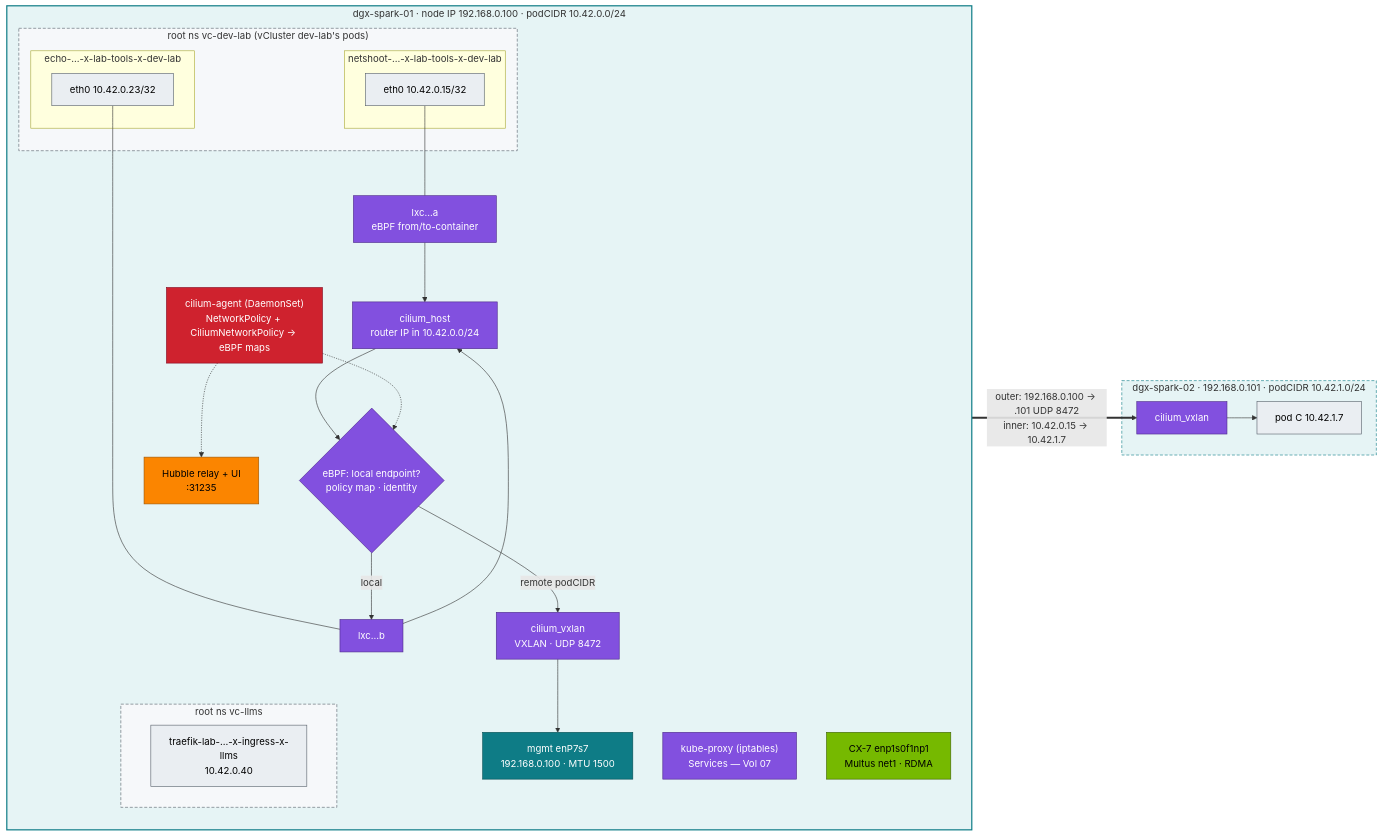
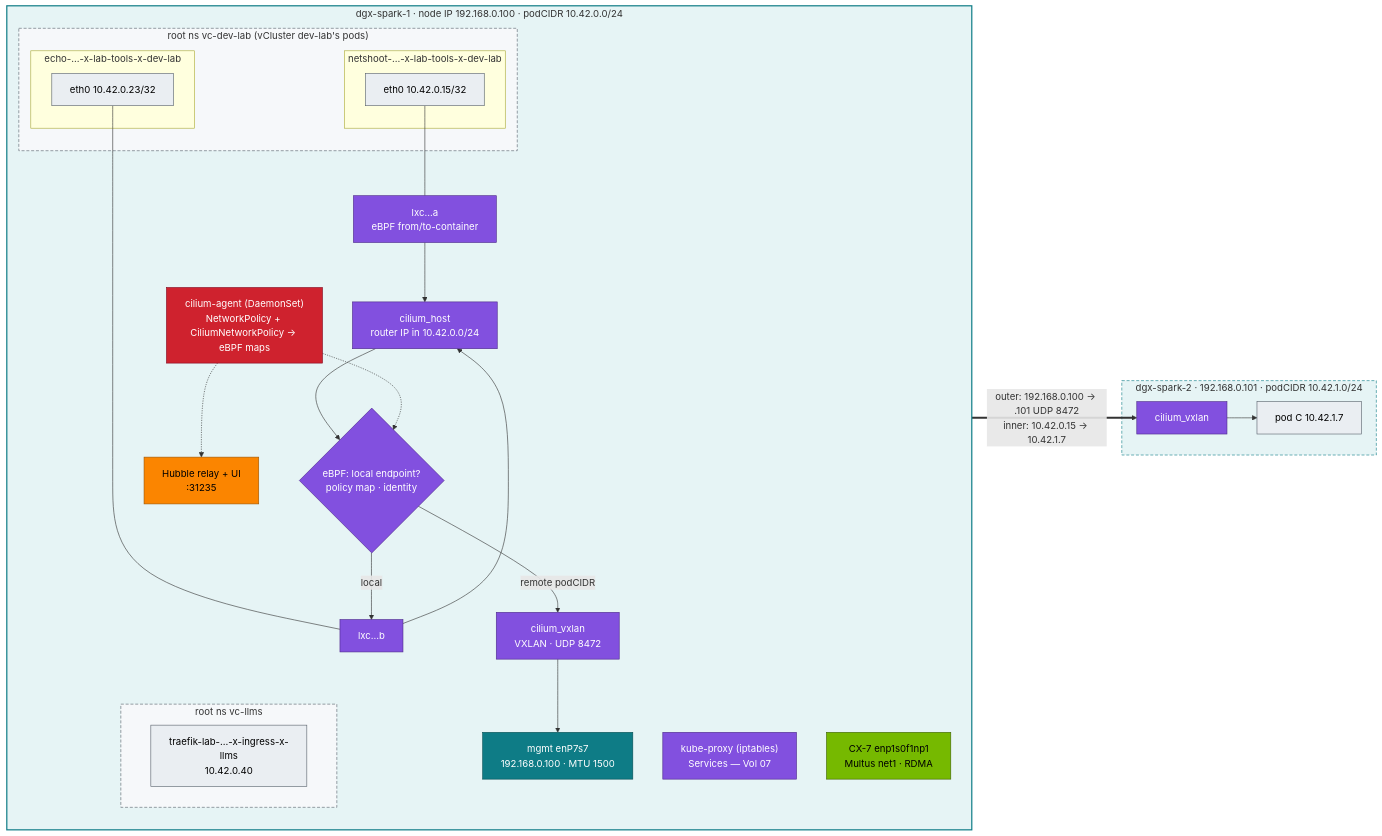
One commit to cloudone365/technical-depth changed the diagram in 02 Kubernetes/06-kubernetes-networking-deep-dive.md. Above: the diagram before and after it, drawn with Mermaid. The commit also changed other lines of this file and 91 other files, not shown here.

First line of the commit message:
Rename the Spark hosts to dgx-spark-1 / dgx-spark-2

````diff
--- a/02 Kubernetes/06-kubernetes-networking-deep-dive.md
+++ b/02 Kubernetes/06-kubernetes-networking-deep-dive.md
@@ -34,51 +34,51 @@
 ```mermaid
 flowchart LR
-  subgraph S1["dgx-spark-01 · node IP 192.168.0.100 · podCIDR 10.42.0.0/24"]
+  subgraph S1["dgx-spark-1 · node IP 192.168.0.100 · podCIDR 10.42.0.0/24"]
     direction TB
     subgraph VCD["root ns vc-dev-lab (vCluster dev-lab's pods)"]
       subgraph P1["netshoot-…-x-lab-tools-x-dev-lab"]
         E1["eth0 10.42.0.15/32"]
       end
       subgraph P2["echo-…-x-lab-tools-x-dev-lab"]
         E2["eth0 10.42.0.23/32"]
       end
     end
     subgraph VCL["root ns vc-llms"]
       P4["traefik-lab-…-x-ingress-x-llms<br/>10.42.0.40"]
     end
     V1["lxc…a<br/>eBPF from/to-container"] --> CH
     V2["lxc…b"] --> CH
     E1 --- V1
     E2 --- V2
     CH["cilium_host<br/>router IP in 10.42.0.0/24"] --> RT{"eBPF: local endpoint?<br/>policy map · identity"}
     RT -- "local" --> V2
     RT -- "remote podCIDR" --> VX["cilium_vxlan<br/>VXLAN · UDP 8472"]
     VX --> NIC["mgmt enP7s7<br/>192.168.0.100 · MTU 1500"]
     AG["cilium-agent (DaemonSet)<br/>NetworkPolicy + CiliumNetworkPolicy → eBPF maps"]
     HB["Hubble relay + UI<br/>:31235"]
     KP["kube-proxy (iptables)<br/>Services — Vol 07"]
     CX["CX-7 enp1s0f1np1<br/>Multus net1 · RDMA"]
   end
-  subgraph S2["dgx-spark-02 · 192.168.0.101 · podCIDR 10.42.1.0/24"]
+  subgraph S2["dgx-spark-2 · 192.168.0.101 · podCIDR 10.42.1.0/24"]
     VX2["cilium_vxlan"] --> P3["pod C 10.42.1.7"]
   end
   NIC == "outer: 192.168.0.100 → .101 UDP 8472<br/>inner: 10.42.0.15 → 10.42.1.7" ==> VX2
   AG -.-> RT
   AG -.-> HB
   classDef net fill:#8250df,stroke:#4c2889,color:#fff
   classDef node fill:#0e7c86,stroke:#064e54,color:#fff
   classDef sec fill:#cf222e,stroke:#82071e,color:#fff
   classDef obs fill:#fb8500,stroke:#9a5200,color:#000
   classDef gpu fill:#76b900,stroke:#3d6000,color:#000
   classDef tenant fill:#eaeef2,stroke:#57606a,color:#000
   class CH,VX,VX2,RT,V1,V2,KP net
   class NIC node
   class CX gpu
   class AG sec
   class HB obs
   class E1,E2,P3,P4 tenant
   style S1 fill:#e6f4f5,stroke:#0e7c86,stroke-width:2px
   style S2 fill:#e6f4f5,stroke:#0e7c86,stroke-dasharray:5 3
   style VCD fill:#f6f8fa,stroke:#57606a,stroke-dasharray:5 3
   style VCL fill:#f6f8fa,stroke:#57606a,stroke-dasharray:5 3
 ```
````
